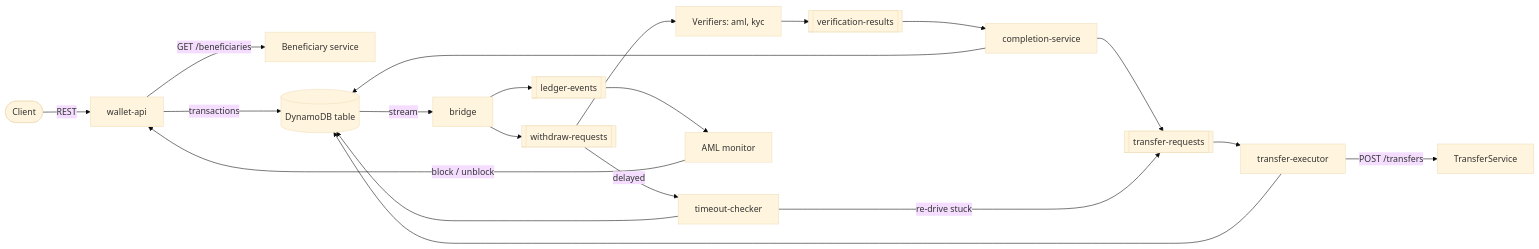
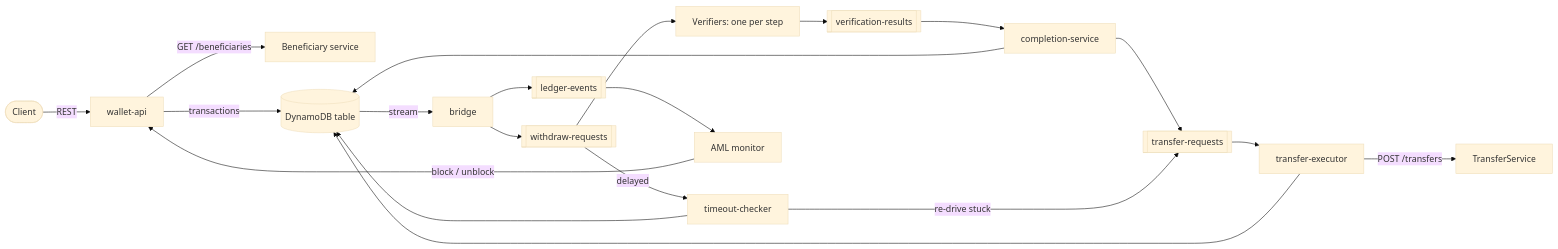
One commit to arso/wallet changed the first of 6 diagrams in docs/ARCHITECTURE.md. Above: the diagram before and after it, drawn with Mermaid (base theme). The commit also changed other lines of this file and 5 other files, not shown here.

````diff
--- a/docs/ARCHITECTURE.md
+++ b/docs/ARCHITECTURE.md
@@ -22,22 +22,22 @@
 ```mermaid
 flowchart LR
     client([Client]) -->|REST| api[wallet-api]
     api -->|GET /beneficiaries| ben[Beneficiary service]
     api -->|transactions| ddb[(DynamoDB table)]
     ddb -->|stream| bridge[bridge]
     bridge --> le[[ledger-events]]
     bridge --> wr[[withdraw-requests]]
-    wr --> ver[Verifiers: aml, kyc]
+    wr --> ver[Verifiers: one per step]
     ver --> vr[[verification-results]]
     vr --> comp[completion-service]
     wr -->|delayed| tc[timeout-checker]
     comp --> tr[[transfer-requests]]
     tc -->|re-drive stuck| tr
     tr --> exec[transfer-executor]
     exec -->|POST /transfers| ts[TransferService]
     le --> aml[AML monitor]
     aml -->|block / unblock| api
     comp --> ddb
     tc --> ddb
     exec --> ddb
 ```
````
